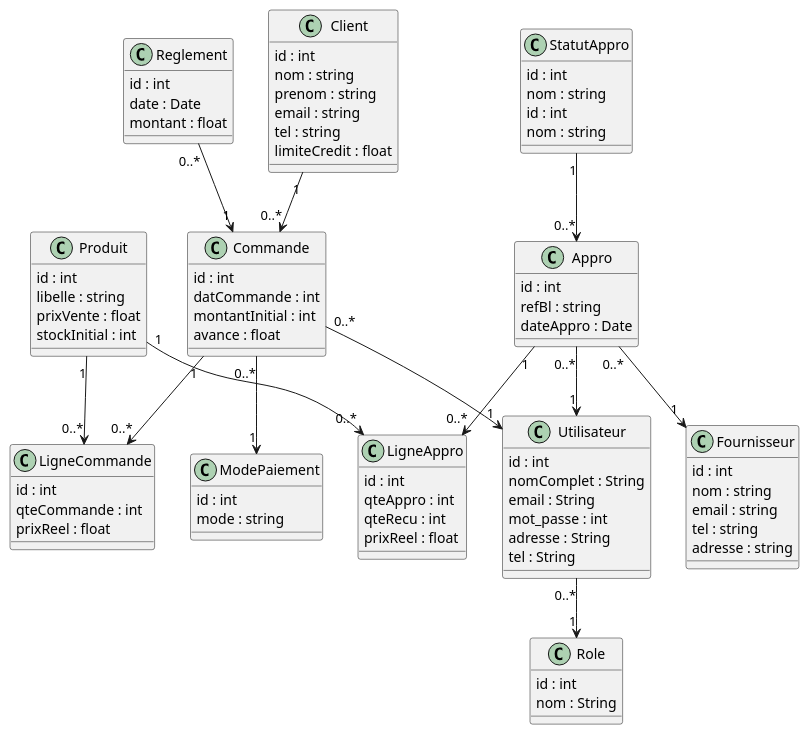
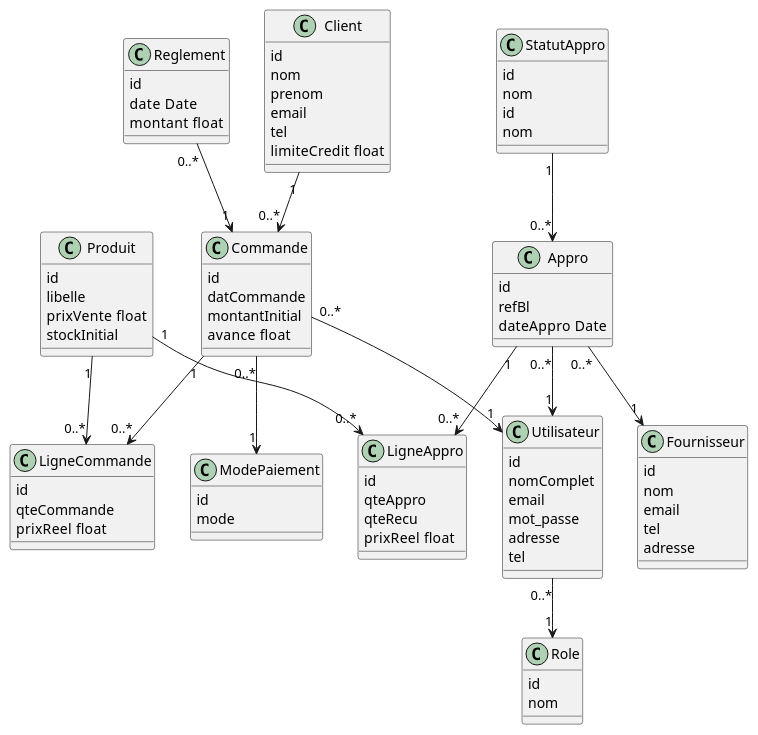
One commit to 123mouhametba123-blip/STORE_MANAGER_PRO changed the diagram in docs/diagrammeClasse.puml. Above: the diagram before and after it, drawn with PlantUML. The commit also changed 4 other files, not shown here.

Commit message:
docs(uml): ajout des diagrammes de cas d'utilisation et de classes POO

```diff
--- a/docs/diagrammeClasse.puml
+++ b/docs/diagrammeClasse.puml
@@ -1,117 +1,117 @@
 @startuml Diagramme_Classe_Cotisation
 
 class Utilisateur {
-     id : int
-     nomComplet : String
-     email : String
-     mot_passe : int
-     adresse : String
-     tel : String
+     id 
+     nomComplet 
+     email  
+     mot_passe  
+     adresse  
+     tel  
 }
 
 class Role {
-     id : int
-     nom : String
+     id  
+     nom  
 }
 
 class Client{
-     id : int
-     nom : string
-     prenom : string
-     email : string
-     tel : string
-     limiteCredit : float
+     id  
+     nom  
+     prenom  
+     email  
+     tel  
+     limiteCredit  float
 }
 
 class Commande{
-     id : int
-     datCommande : int
-     montantInitial : int
-     avance : float
+     id  
+     datCommande  
+     montantInitial  
+     avance  float
 }
 
 
 class StatutAppro{
-     id : int
-     nom : string
+     id  
+     nom  
 }
 
 
 class LigneCommande{
-     id : int
-     qteCommande : int
-     prixReel : float
+     id  
+     qteCommande  
+     prixReel  float
 }
 
 class ModePaiement{
-     id : int
-     mode : string
+     id  
+     mode  
 }
 
 class Reglement{
-     id : int
-     date : Date
-     montant : float
+     id  
+     date  Date
+     montant  float
 }
 
 class Produit{
-     id : int
-     libelle : string
-     prixVente : float
-     stockInitial : int
+     id  
+     libelle  
+     prixVente  float
+     stockInitial  
 }
 
 class Fournisseur{
-    id : int
-    nom : string
-    email : string
-    tel : string
-    adresse : string
+    id  
+    nom  
+    email  
+    tel  
+    adresse  
 }
 
 class StatutAppro{
-     id : int
-     nom : string
+     id  
+     nom  
 }
 
 class Appro{
-     id : int
-     refBl : string
-     dateAppro : Date
+     id  
+     refBl  
+     dateAppro  Date
 }
 
 class LigneAppro{
-     id : int
-     qteAppro : int
-     qteRecu : int
-     prixReel : float
+     id  
+     qteAppro  
+     qteRecu  
+     prixReel  float
 }
 
 
 
 Utilisateur "0..*" --> "1" Role 
 Client "1" --> "0..*" Commande 
 Commande "1" --> "0..*" LigneCommande 
 Produit "1" --> "0..*" LigneCommande 
 
 Appro "0..*" --> "1" Fournisseur 
 Appro "1" --> "0..*" LigneAppro 
 Produit "1" --> "0..*" LigneAppro 
 
 StatutAppro "1" --> "0..*" Appro 
 Commande "0..*" --> "1" ModePaiement 
 Reglement "0..*" --> "1" Commande 
 
 Appro "0..*" --> "1" Utilisateur 
 Commande "0..*" --> "1" Utilisateur 
 
 
 
 
 
 
 
 
 
 
 @endum
```
